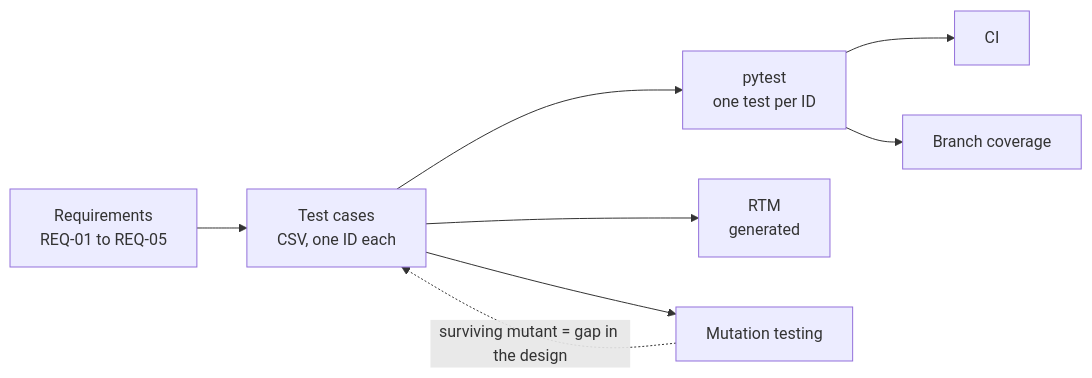
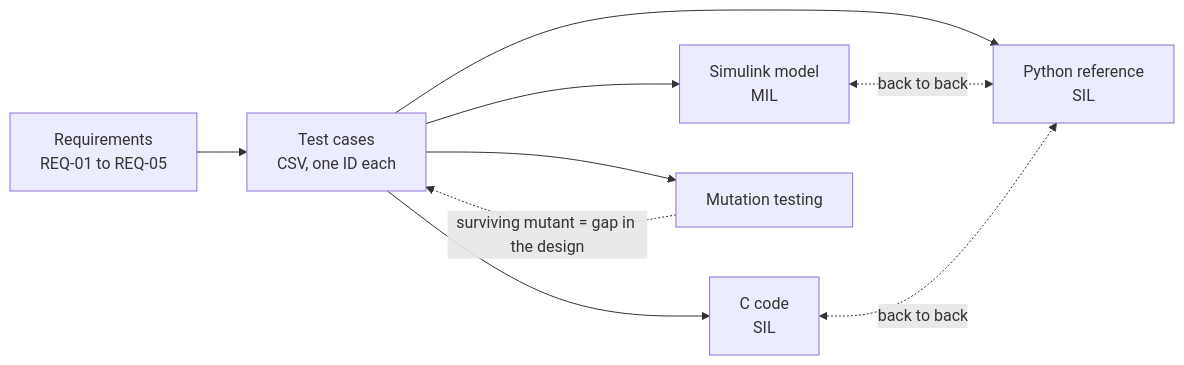
Before and after one commit to eungyun-im/Automotive-SW-QA: the first of 2 diagrams in README.md, drawn with Mermaid. The commit also changed other lines of this file and 20 other files, not shown here.

First line of the commit message:
Add C implementation and Simulink model with back-to-back tests

````diff
--- a/README.md
+++ b/README.md
@@ -32,10 +33,11 @@
 ```mermaid
 flowchart LR
     R[Requirements<br>REQ-01 to REQ-05] --> T[Test cases<br>CSV, one ID each]
-    T --> A[pytest<br>one test per ID]
-    A --> C[CI]
-    T --> M[RTM<br>generated]
-    A --> V[Branch coverage]
+    T --> M[Simulink model<br>MIL]
+    T --> C[C code<br>SIL]
+    T --> P[Python reference<br>SIL]
+    M <-. back to back .-> P
+    C <-. back to back .-> P
     T --> X[Mutation testing]
     X -. surviving mutant = gap in the design .-> T
 ```
````
